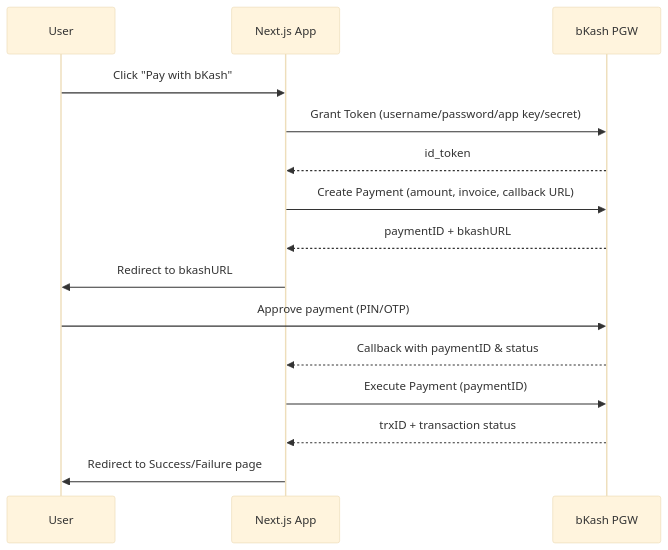
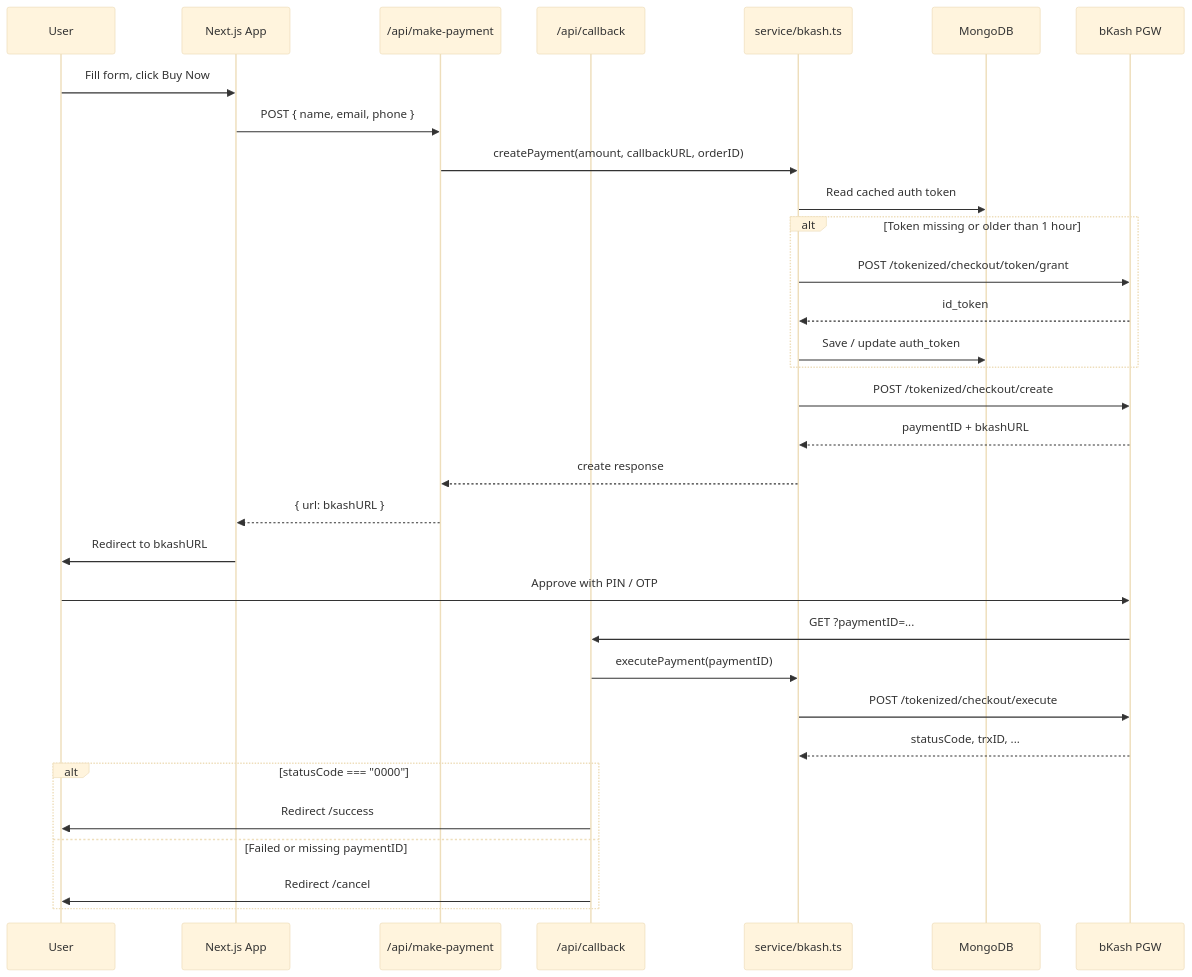
The diagram in README.md (uforco/bkash-payment-gateway-api), drawn with Mermaid (base theme) before and after one commit. The commit also changed other lines of this file and 1 other file, not shown here.

````diff
--- a/README.md
+++ b/README.md
@@ -52,18 +95,35 @@
 ```mermaid
 sequenceDiagram
     participant User
-    participant NextJS as Next.js App
+    participant App as Next.js App
+    participant API as /api/make-payment
+    participant CB as /api/callback
+    participant Service as service/bkash.ts
+    participant DB as MongoDB
     participant bKash as bKash PGW
 
-    User->>NextJS: Click "Pay with bKash"
-    NextJS->>bKash: Grant Token (username/password/app key/secret)
-    bKash-->>NextJS: id_token
-    NextJS->>bKash: Create Payment (amount, invoice, callback URL)
-    bKash-->>NextJS: paymentID + bkashURL
-    NextJS->>User: Redirect to bkashURL
-    User->>bKash: Approve payment (PIN/OTP)
-    bKash-->>NextJS: Callback with paymentID & status
-    NextJS->>bKash: Execute Payment (paymentID)
-    bKash-->>NextJS: trxID + transaction status
-    NextJS->>User: Redirect to Success/Failure page
+    User->>App: Fill form, click Buy Now
+    App->>API: POST { name, email, phone }
+    API->>Service: createPayment(amount, callbackURL, orderID)
+    Service->>DB: Read cached auth token
+    alt Token missing or older than 1 hour
+        Service->>bKash: POST /tokenized/checkout/token/grant
+        bKash-->>Service: id_token
+        Service->>DB: Save / update auth_token
+    end
+    Service->>bKash: POST /tokenized/checkout/create
+    bKash-->>Service: paymentID + bkashURL
+    Service-->>API: create response
+    API-->>App: { url: bkashURL }
+    App->>User: Redirect to bkashURL
+    User->>bKash: Approve with PIN / OTP
+    bKash->>CB: GET ?paymentID=...
+    CB->>Service: executePayment(paymentID)
+    Service->>bKash: POST /tokenized/checkout/execute
+    bKash-->>Service: statusCode, trxID, ...
+    alt statusCode === "0000"
+        CB->>User: Redirect /success
+    else Failed or missing paymentID
+        CB->>User: Redirect /cancel
+    end
 ```
````
